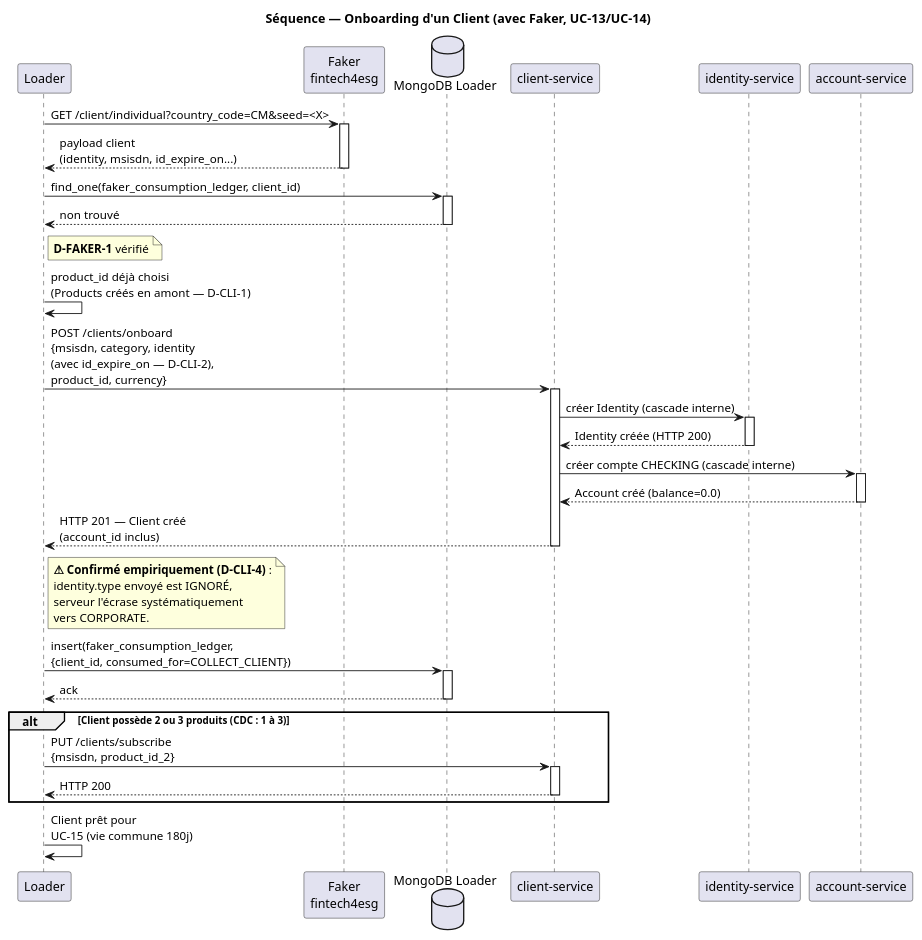
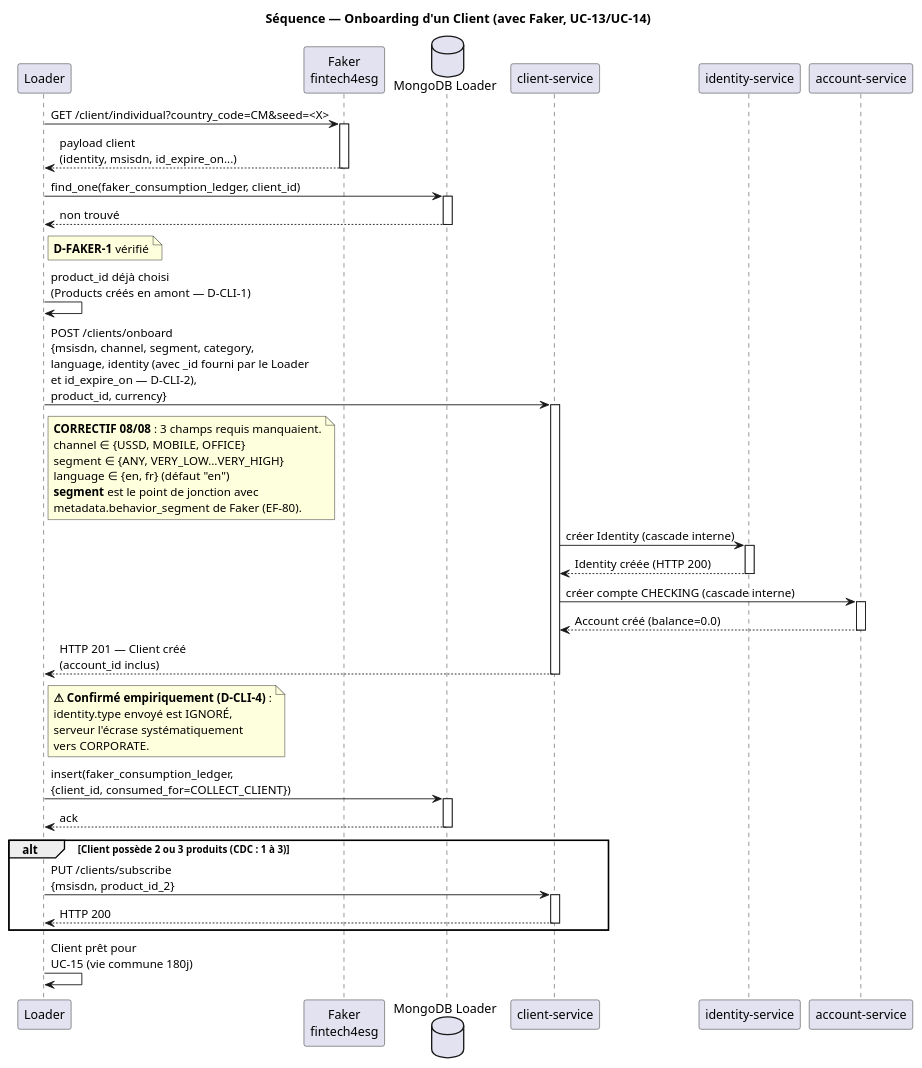
Before and after one commit to KuateAbdel/simulator-backend-loader: the diagram in docs/reference/uml_diagrams/05_sequence_onboarding.puml, drawn with PlantUML. The commit also changed 5 other files, not shown here.

First line of the commit message:
fix(uml)+feat(cdc): alignement des diagrammes sur le CDC et parametres figes

```diff
--- a/docs/reference/uml_diagrams/05_sequence_onboarding.puml
+++ b/docs/reference/uml_diagrams/05_sequence_onboarding.puml
@@ -1,62 +1,70 @@
 @startuml Loader_FinZuu_Sequence_OnboardingClient
 
 title Séquence — Onboarding d'un Client (avec Faker, UC-13/UC-14)
 
 participant "Loader" as LDR
 participant "Faker\nfintech4esg" as FAKER
 database "MongoDB Loader" as DB
 participant "client-service" as CLI
 participant "identity-service" as IDS
 participant "account-service" as ACC
 
 LDR -> FAKER : GET /client/individual?country_code=CM&seed=<X>
 activate FAKER
 FAKER --> LDR : payload client\n(identity, msisdn, id_expire_on...)
 deactivate FAKER
 
 LDR -> DB : find_one(faker_consumption_ledger, client_id)
 activate DB
 DB --> LDR : non trouvé
 deactivate DB
 note right of LDR : **D-FAKER-1** vérifié
 
 LDR -> LDR : product_id déjà choisi\n(Products créés en amont — D-CLI-1)
 
-LDR -> CLI : POST /clients/onboard\n{msisdn, category, identity\n(avec id_expire_on — D-CLI-2),\nproduct_id, currency}
+LDR -> CLI : POST /clients/onboard\n{msisdn, channel, segment, category,\nlanguage, identity (avec _id fourni par le Loader\net id_expire_on — D-CLI-2),\nproduct_id, currency}
+note right of LDR
+  **CORRECTIF 08/08** : 3 champs requis manquaient.
+  channel ∈ {USSD, MOBILE, OFFICE}
+  segment ∈ {ANY, VERY_LOW…VERY_HIGH}
+  language ∈ {en, fr} (défaut "en")
+  **segment** est le point de jonction avec
+  metadata.behavior_segment de Faker (EF-80).
+end note
 activate CLI
 
 CLI -> IDS : créer Identity (cascade interne)
 activate IDS
 IDS --> CLI : Identity créée (HTTP 200)
 deactivate IDS
 
 CLI -> ACC : créer compte CHECKING (cascade interne)
 activate ACC
 ACC --> CLI : Account créé (balance=0.0)
 deactivate ACC
 
 CLI --> LDR : HTTP 201 — Client créé\n(account_id inclus)
 deactivate CLI
 
 note right of LDR
   **⚠ Confirmé empiriquement (D-CLI-4)** :
   identity.type envoyé est IGNORÉ,
   serveur l'écrase systématiquement
   vers CORPORATE.
 end note
 
 LDR -> DB : insert(faker_consumption_ledger,\n{client_id, consumed_for=COLLECT_CLIENT})
 activate DB
 DB --> LDR : ack
 deactivate DB
 
 alt Client possède 2 ou 3 produits (CDC : 1 à 3)
   LDR -> CLI : PUT /clients/subscribe\n{msisdn, product_id_2}
   activate CLI
   CLI --> LDR : HTTP 200
   deactivate CLI
 end
 
 LDR -> LDR : Client prêt pour\nUC-15 (vie commune 180j)
 
 @enduml
```
